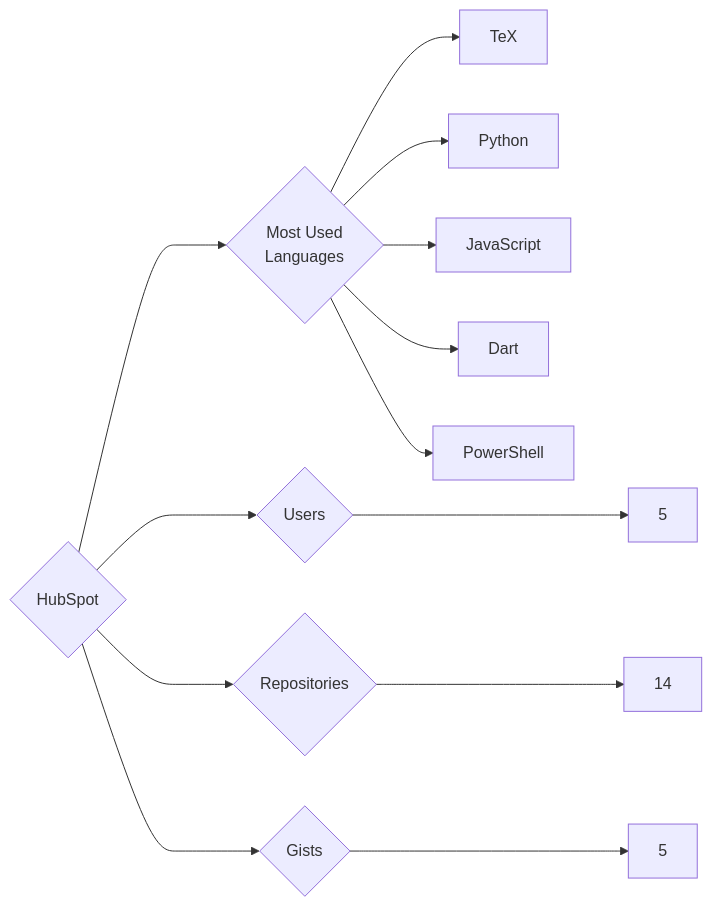
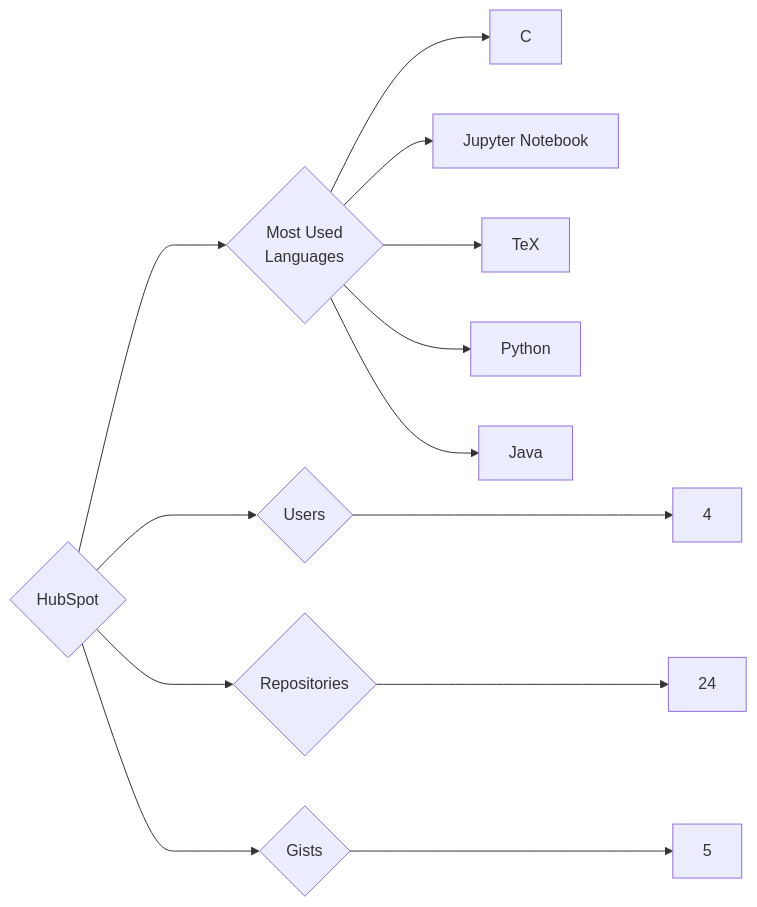
The diagram in targets/HubSpot/README.md (trickest/insiders), drawn with Mermaid before and after one commit. The commit also changed 865 other files, not shown here.

````diff
--- a/targets/HubSpot/README.md
+++ b/targets/HubSpot/README.md
@@ -3,13 +3,13 @@
 ```mermaid
 graph LR
 COMPANY_NAME{HubSpot}
-COMPANY_NAME ---> U{Users} ---> UN[5]
-COMPANY_NAME ---> R{Repositories} ---> RN[14]
+COMPANY_NAME ---> U{Users} ---> UN[4]
+COMPANY_NAME ---> R{Repositories} ---> RN[24]
 COMPANY_NAME ---> G{Gists} ---> GN[5]
 COMPANY_NAME ---> ML{Most Used<br>Languages}
+ML --> C[C]
+ML --> Jupyter_Notebook[Jupyter Notebook]
 ML --> TeX[TeX]
 ML --> Python[Python]
-ML --> JavaScript[JavaScript]
-ML --> Dart[Dart]
-ML --> PowerShell[PowerShell]
+ML --> Java[Java]
 ```
````
